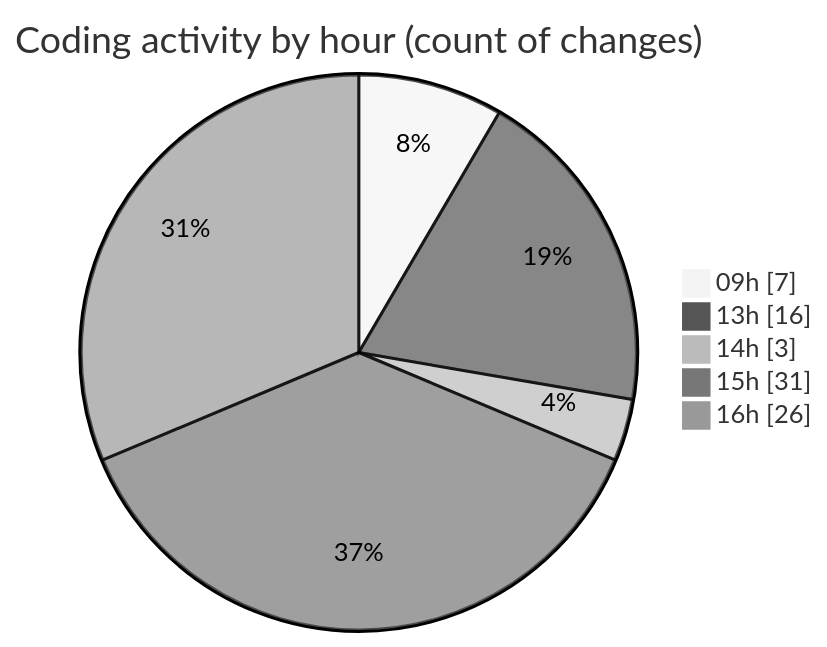
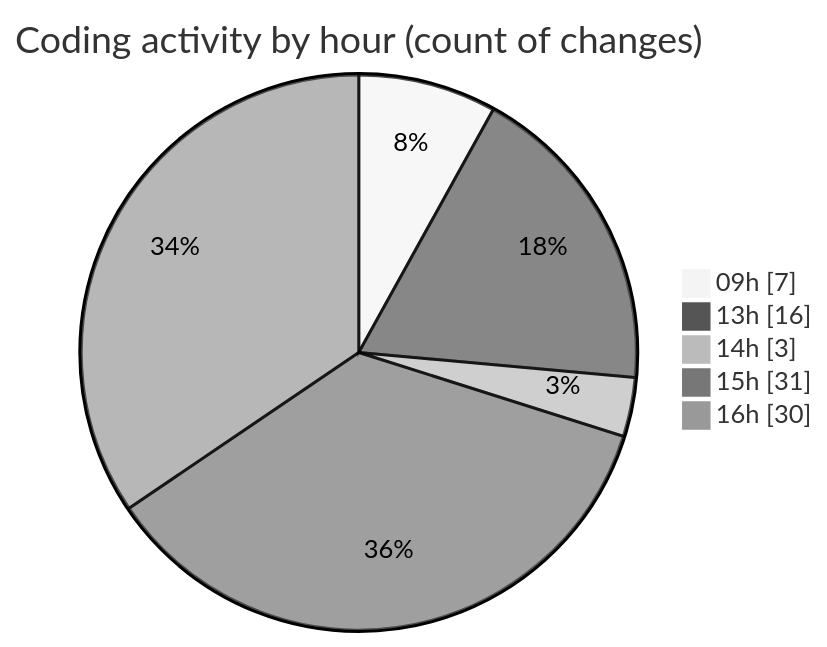
Before and after one commit to momahboobian/code-tracking: the second of 2 diagrams in 2025-01-31/cda/README.md, drawn with Mermaid (neutral theme). The commit also changed other lines of this file and 1 other file, not shown here.

Commit message:
mermaid pie showData title Lines changed by file type -".js" : 1723 +".js" : 1739 ".json" : 79

````diff
--- a/2025-01-31/cda/README.md
+++ b/2025-01-31/cda/README.md
@@ -37,9 +37,9 @@
 ```mermaid
 pie showData
 title Coding activity by hour (count of changes)
 "09h" : 7
 "13h" : 16
 "14h" : 3
 "15h" : 31
-"16h" : 26
+"16h" : 30
 ```
````
